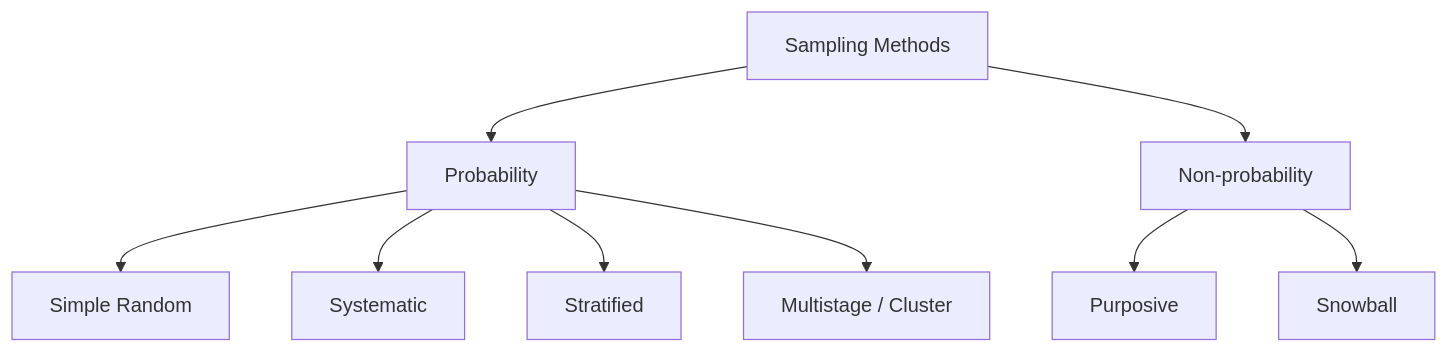
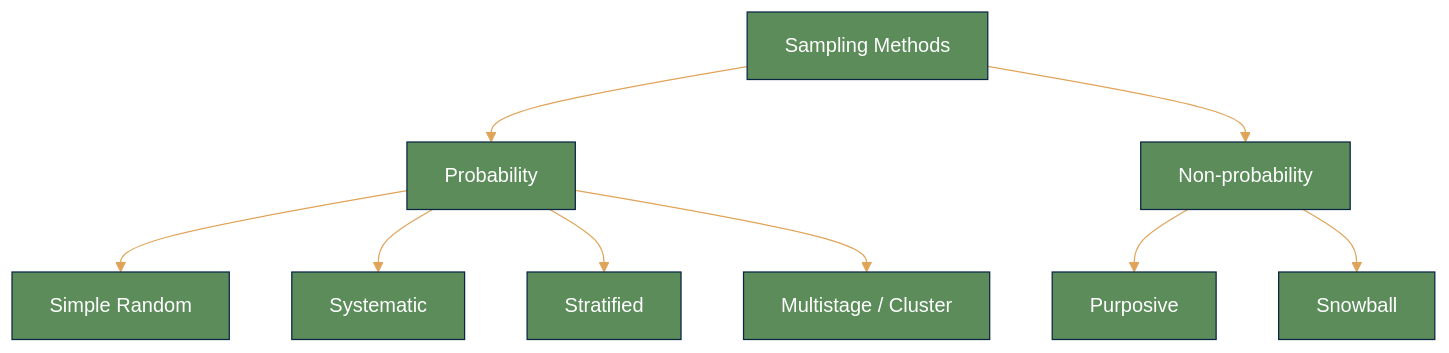
The third of 8 diagrams in index.qmd (stephenbalogun/research-data-analysis-workshop), drawn with Mermaid before and after one commit. The commit also changed other lines of this file and 378 other files, not shown here.

````diff
--- a/index.qmd
+++ b/index.qmd
@@ -361,11 +373,12 @@
 ```{mermaid}
+%%{init: {'theme':'base', 'themeVariables': { 'primaryColor':'#5B8C5A','primaryTextColor':'#ffffff','primaryBorderColor':'#0B2545','lineColor':'#E0A458','secondaryColor':'#1B7F79'}}}%%
 flowchart TD
   P[Sampling Methods] --> Prob[Probability]
   P --> NonProb[Non-probability]
   Prob --> SRS[Simple Random]
   Prob --> Sys[Systematic]
   Prob --> Strat[Stratified]
   Prob --> Multi[Multistage / Cluster]
   NonProb --> Purp[Purposive]
   NonProb --> Snow[Snowball]
 ```
````
